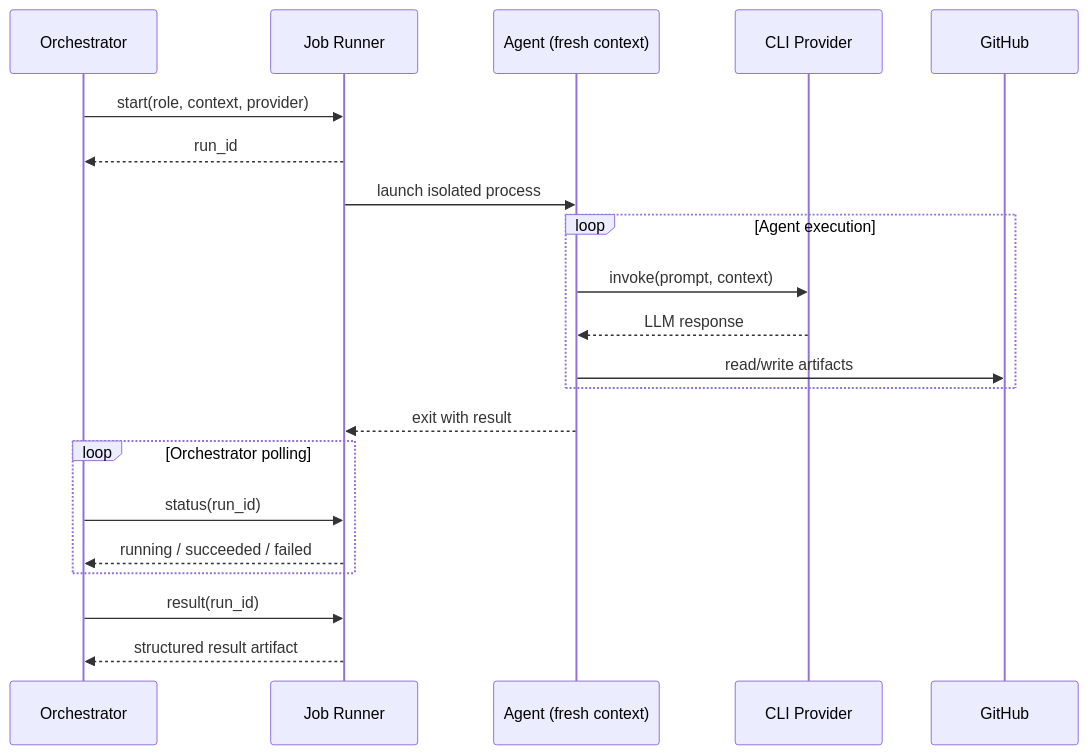
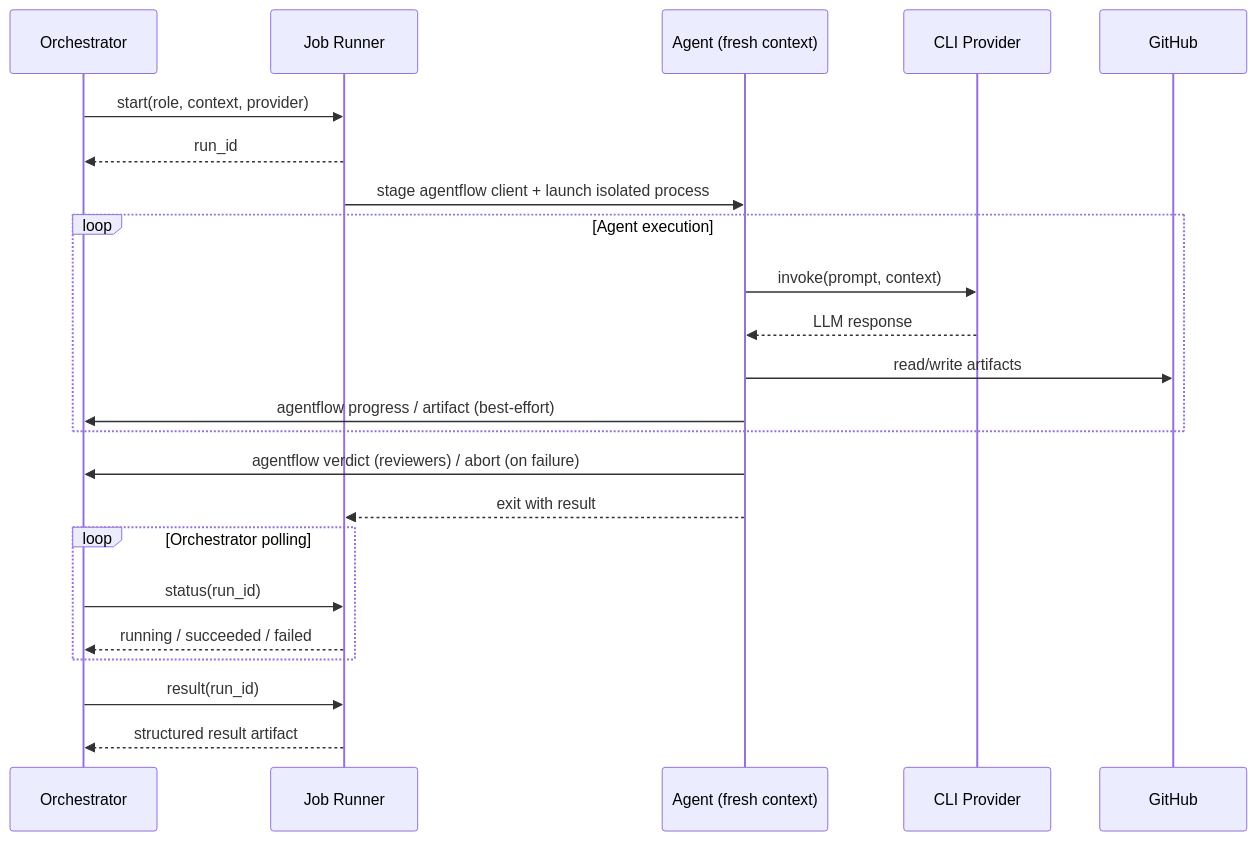
The diagram in docs-site/how-it-works/agents.md (pweissneo/agentflow-docs), drawn with Mermaid before and after one commit. The commit also changed other lines of this file and 11 other files, not shown here.

````diff
--- a/docs-site/how-it-works/agents.md
+++ b/docs-site/how-it-works/agents.md
@@ -97,28 +118,30 @@
 ```mermaid
 sequenceDiagram
     participant O as Orchestrator
     participant JR as Job Runner
     participant A as Agent (fresh context)
     participant CLI as CLI Provider
     participant GH as GitHub
 
     O->>JR: start(role, context, provider)
     JR-->>O: run_id
-    JR->>A: launch isolated process
+    JR->>A: stage agentflow client + launch isolated process
 
     loop Agent execution
         A->>CLI: invoke(prompt, context)
         CLI-->>A: LLM response
         A->>GH: read/write artifacts
+        A->>O: agentflow progress / artifact (best-effort)
     end
 
+    A->>O: agentflow verdict (reviewers) / abort (on failure)
     A-->>JR: exit with result
 
     loop Orchestrator polling
         O->>JR: status(run_id)
         JR-->>O: running / succeeded / failed
     end
 
     O->>JR: result(run_id)
     JR-->>O: structured result artifact
 ```
````
